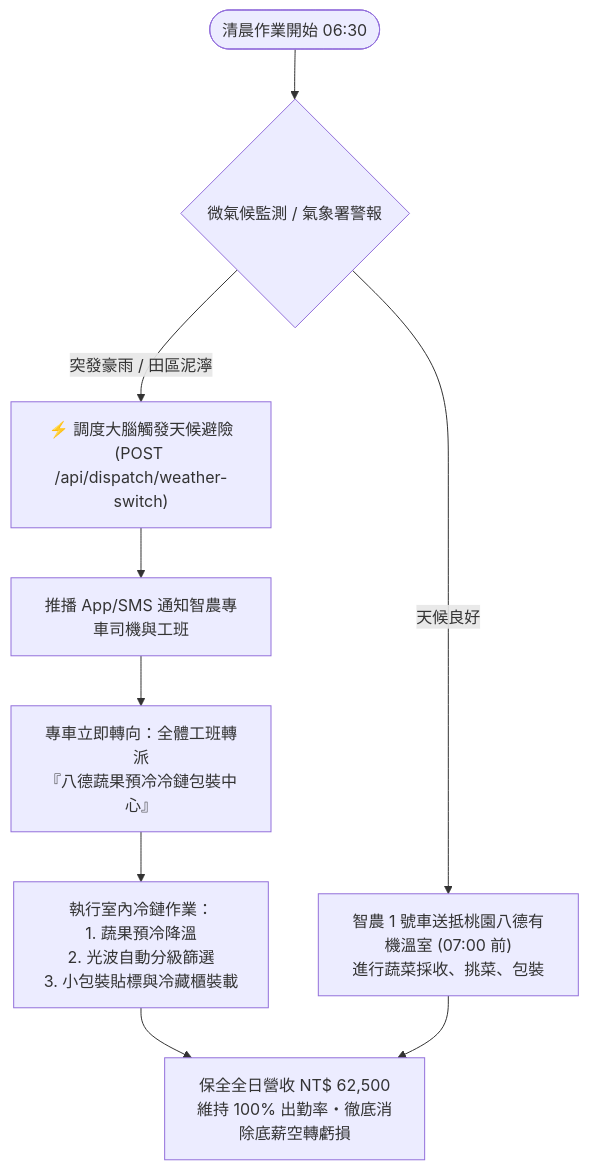
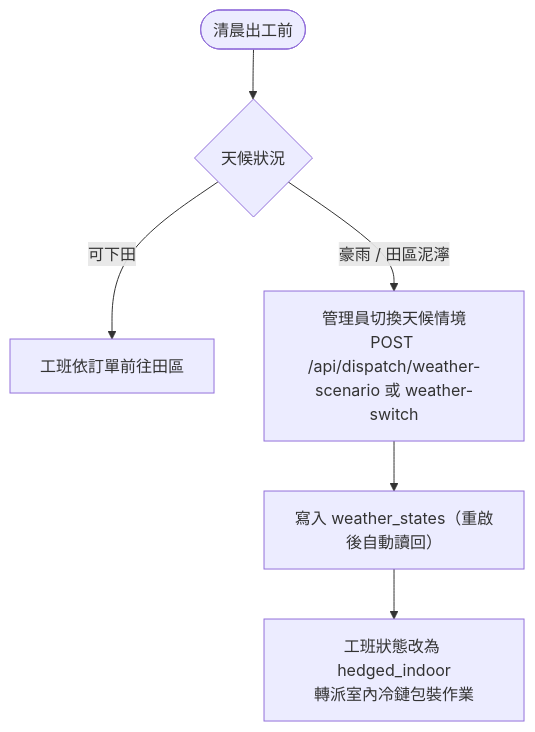
The fourth of 5 diagrams in Software/Doc/01_系統分析與架構設計規格書.md (xx8888x/agridispatch), drawn with Mermaid before and after one commit. The commit also changed other lines of this file and 7 other files, not shown here.

First line of the commit message:
系統規格書與 ERD 改寫為 v3.0：依實際程式碼描述架構、安全、API 與資料模型

````diff
--- a/Software/Doc/01_系統分析與架構設計規格書.md
+++ b/Software/Doc/01_系統分析與架構設計規格書.md
@@ -152,11 +142,8 @@
 ```mermaid
 flowchart TD
-    Start([清晨作業開始 06:30]) --> WeatherCheck{微氣候監測 / 氣象署警報}
-    WeatherCheck -- "天候良好" --> FieldWork["智農 1 號車送抵桃園八德有機溫室 (07:00 前)<br/>進行蔬菜採收、挑菜、包裝"]
-    WeatherCheck -- "突發豪雨 / 田區泥濘" --> TriggerHedge["⚡ 調度大腦觸發天候避險<br/>(POST /api/dispatch/weather-switch)"]
-    TriggerHedge --> PushAlert["推播 App/SMS 通知智農專車司機與工班"]
-    PushAlert --> RedirectIndoor["專車立即轉向：全體工班轉派<br/>『八德蔬果預冷冷鏈包裝中心』"]
-    RedirectIndoor --> IndoorTasks["執行室內冷鏈作業：<br/>1. 蔬果預冷降溫<br/>2. 光波自動分級篩選<br/>3. 小包裝貼標與冷藏櫃裝載"]
-    IndoorTasks --> Result["保全全日營收 NT$ 62,500<br/>維持 100% 出勤率・徹底消除底薪空轉虧損"]
-    FieldWork --> Result
+    Start([清晨出工前]) --> Check{天候狀況}
+    Check -- "可下田" --> Field["工班依訂單前往田區"]
+    Check -- "豪雨 / 田區泥濘" --> Switch["管理員切換天候情境<br/>POST /api/dispatch/weather-scenario 或 weather-switch"]
+    Switch --> Persist["寫入 weather_states（重啟後自動讀回）"]
+    Persist --> Redirect["工班狀態改為 hedged_indoor<br/>轉派室內冷鏈包裝作業"]
 ```
````
